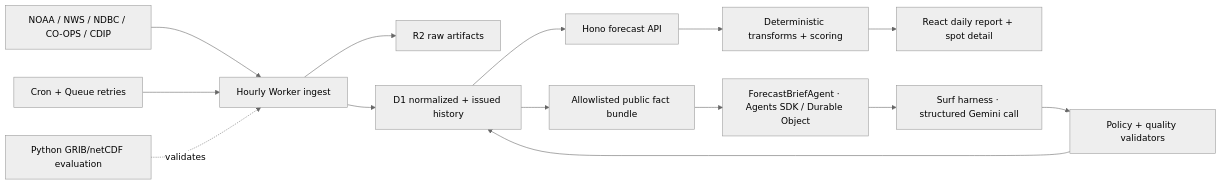
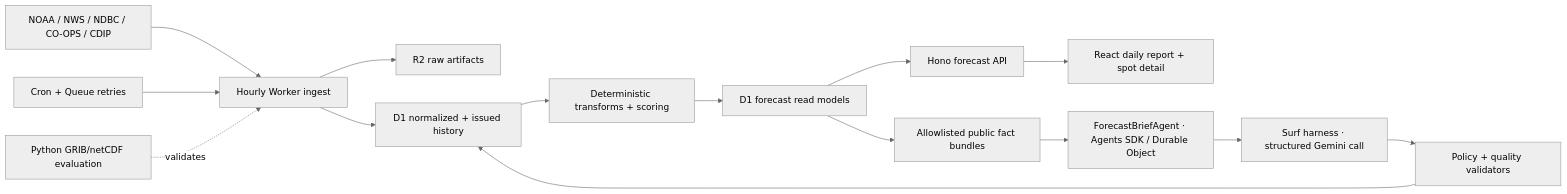
The diagram in docs/architecture.md (aylee/surf), drawn with Mermaid (neutral theme) before and after one commit. The commit also changed other lines of this file and 31 other files, not shown here.

````diff
--- a/docs/architecture.md
+++ b/docs/architecture.md
@@ -7,16 +7,17 @@
 ```mermaid
 flowchart LR
   feeds["NOAA / NWS / NDBC / CO-OPS / CDIP"] --> ingest["Hourly Worker ingest"]
   ingest --> raw["R2 raw artifacts"]
   ingest --> rows["D1 normalized + issued history"]
   queue["Cron + Queue retries"] --> ingest
-  rows --> api["Hono forecast API"]
-  api --> core["Deterministic transforms + scoring"]
-  core --> ui["React daily report + spot detail"]
-  rows --> facts["Allowlisted public fact bundle"]
+  rows --> core["Deterministic transforms + scoring"]
+  core --> readmodels["D1 forecast read models"]
+  readmodels --> api["Hono forecast API"]
+  api --> ui["React daily report + spot detail"]
+  readmodels --> facts["Allowlisted public fact bundles"]
   facts --> agent["ForecastBriefAgent · Agents SDK / Durable Object"]
   agent --> model["Surf harness · structured Gemini call"]
   model --> validate["Policy + quality validators"]
   validate --> rows
   python["Python GRIB/netCDF evaluation"] -. validates .-> ingest
 ```
````
